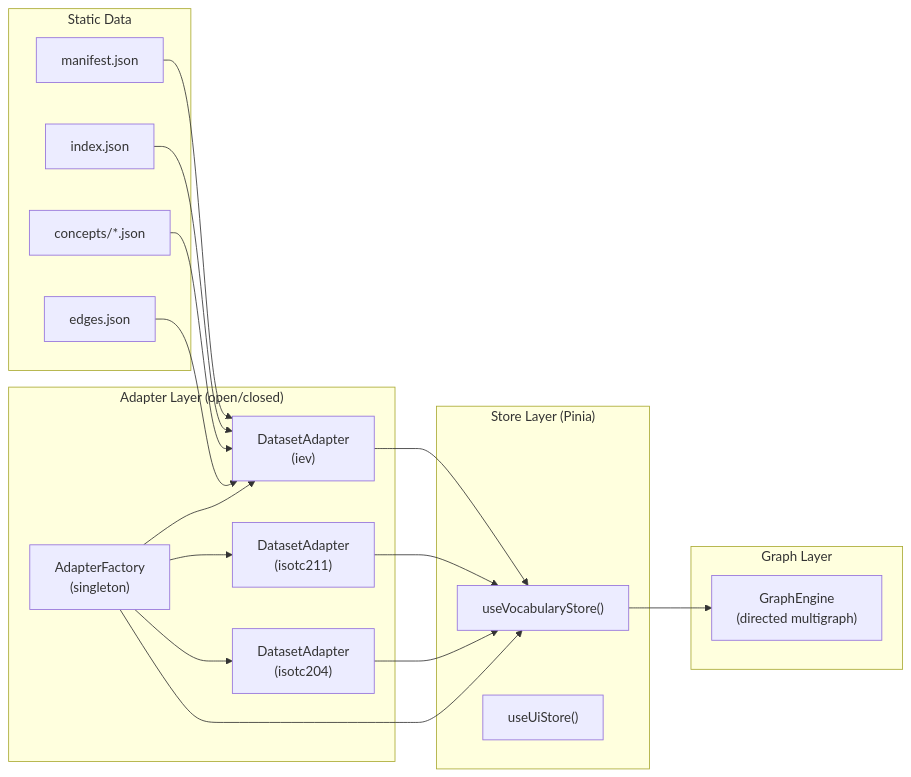
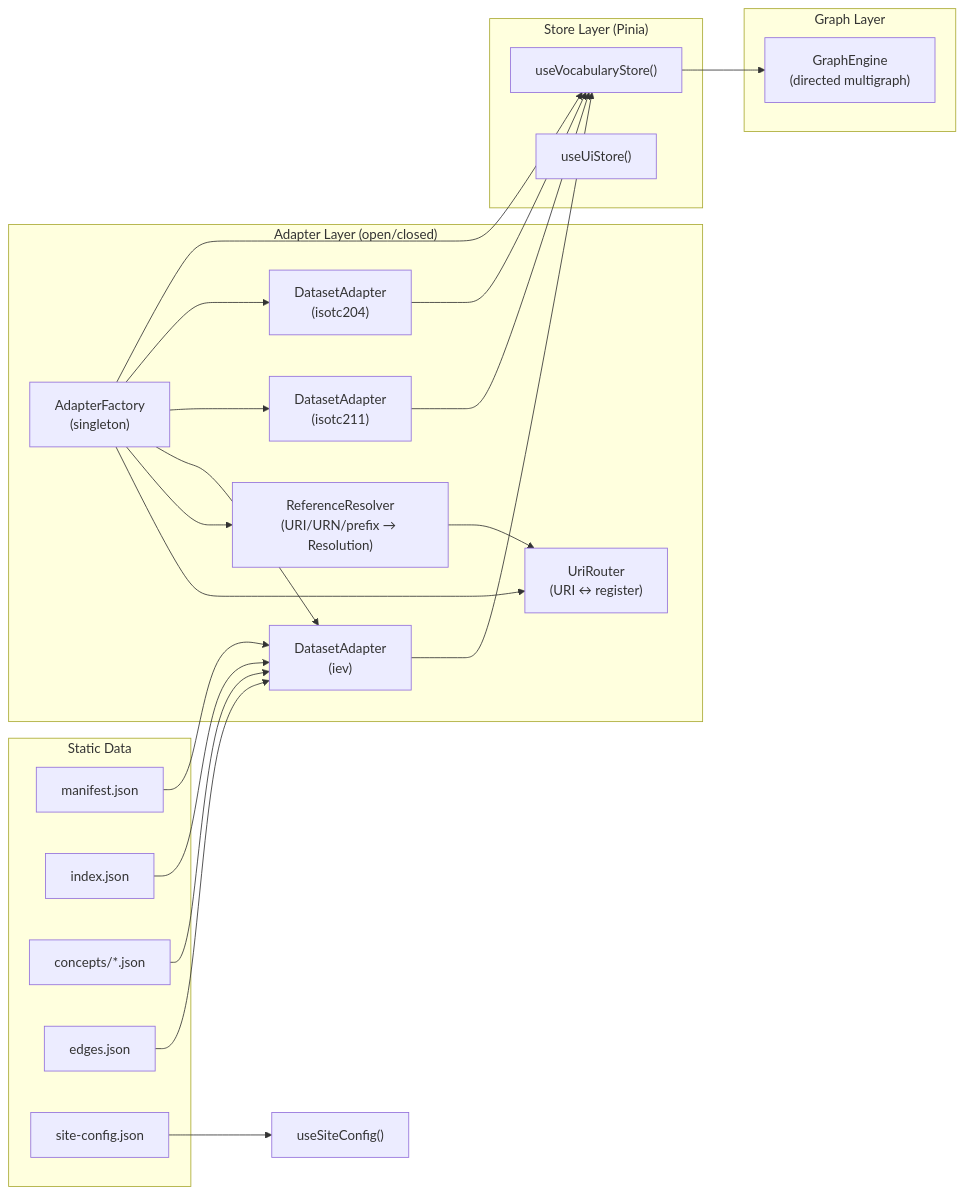
One commit to glossarist/concept-browser changed the third of 5 diagrams in docs/architecture.md. Above: the diagram before and after it, drawn with Mermaid. The commit also changed other lines of this file and 3 other files, not shown here.

````diff
--- a/docs/architecture.md
+++ b/docs/architecture.md
@@ -80,36 +80,41 @@
 ```mermaid
 graph LR
     subgraph "Adapter Layer (open/closed)"
         Factory["AdapterFactory<br/>(singleton)"]
+        Factory --> Router["UriRouter<br/>(URI ↔ register)"]
+        Factory --> Resolver["ReferenceResolver<br/>(URI/URN/prefix → Resolution)"]
         Factory --> Adapter1["DatasetAdapter<br/>(iev)"]
         Factory --> Adapter2["DatasetAdapter<br/>(isotc211)"]
         Factory --> Adapter3["DatasetAdapter<br/>(isotc204)"]
     end
 
     subgraph "Store Layer (Pinia)"
         Store["useVocabularyStore()"]
         UIStore["useUiStore()"]
     end
 
     subgraph "Graph Layer"
         Engine["GraphEngine<br/>(directed multigraph)"]
     end
 
     Factory --> Store
     Adapter1 --> Store
     Adapter2 --> Store
     Adapter3 --> Store
     Store --> Engine
+    Resolver --> Router
 
     subgraph "Static Data"
         M["manifest.json"]
         I["index.json"]
         C["concepts/*.json"]
         E["edges.json"]
+        SC["site-config.json"]
     end
 
     M --> Adapter1
     I --> Adapter1
     C --> Adapter1
     E --> Adapter1
+    SC --> SiteConfig["useSiteConfig()"]
 ```
````
